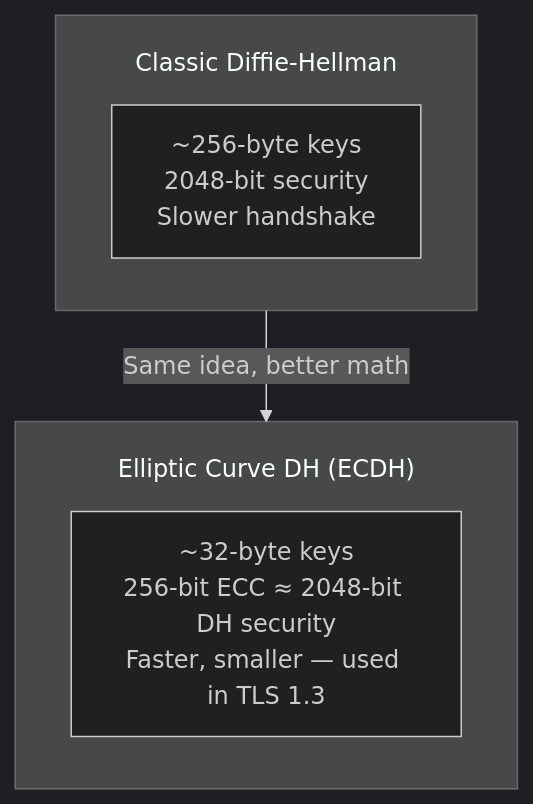
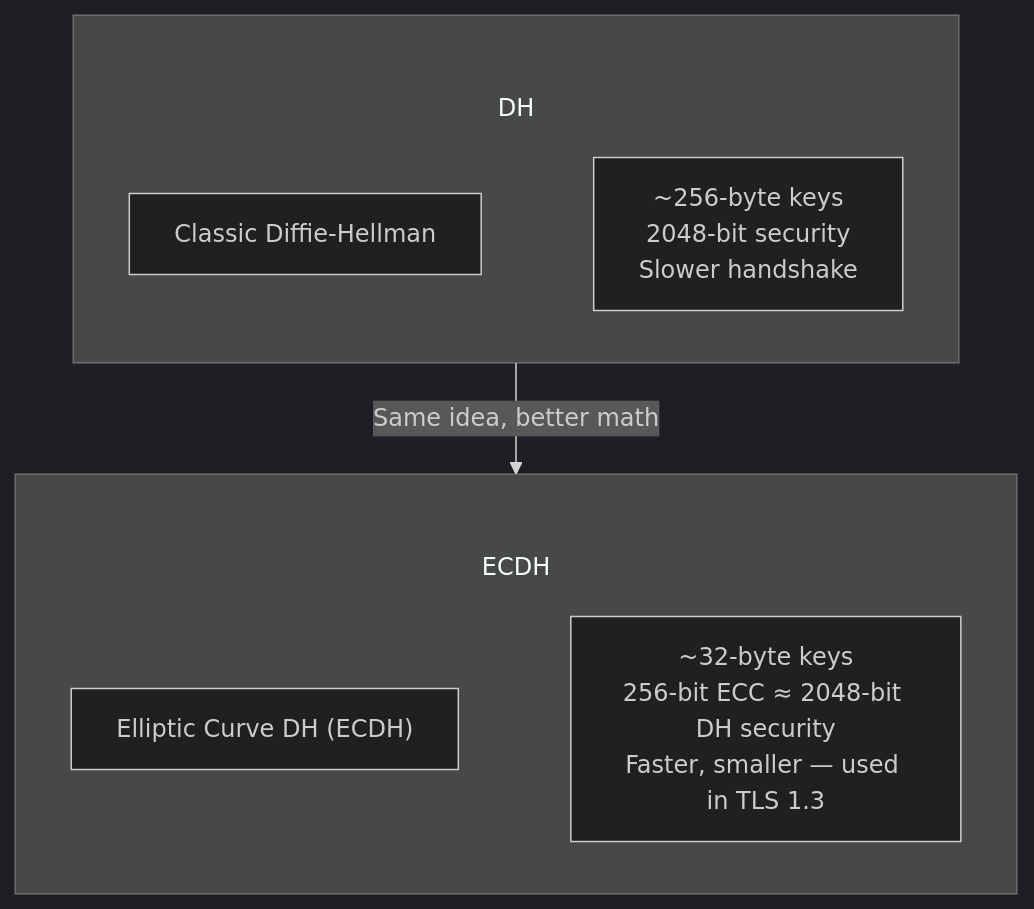
One commit to csoares/SecurityJava changed the ninth of 19 diagrams in README.md. Above: the diagram before and after it, drawn with Mermaid (dark theme). The commit also changed other lines of this file and 11 other files, not shown here.

First line of the commit message:
Fix Mermaid subgraph title overlap by moving labels into title nodes

````diff
--- a/README.md
+++ b/README.md
@@ -280,11 +292,15 @@
 ```mermaid
-%%{init: {'flowchart': {'subGraphTitleMargin': {'top': 20, 'bottom': 5}}}}%%
+%%{init: {'flowchart': {'subGraphTitleMargin': {'top': 50, 'bottom': 10}}}}%%
 flowchart TD
-    subgraph DH ["Classic Diffie-Hellman"]
+    subgraph DH
+        T_DH["Classic Diffie-Hellman"]
+        T_DH ~~~ DH1
         DH1["~256-byte keys<br/>2048-bit security<br/>Slower handshake"]
     end
-    subgraph ECDH ["Elliptic Curve DH (ECDH)"]
+    subgraph ECDH
+        T_ECDH["Elliptic Curve DH (ECDH)"]
+        T_ECDH ~~~ EC1
         EC1["~32-byte keys<br/>256-bit ECC ≈ 2048-bit DH security<br/>Faster, smaller — used in TLS 1.3"]
     end
     DH --> |"Same idea, better math"| ECDH
 ```
````
